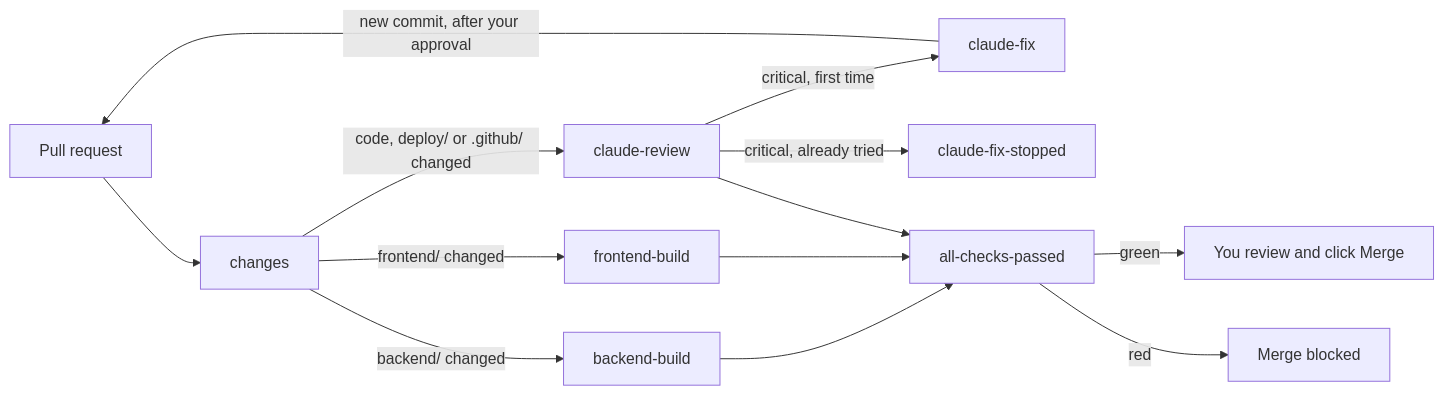
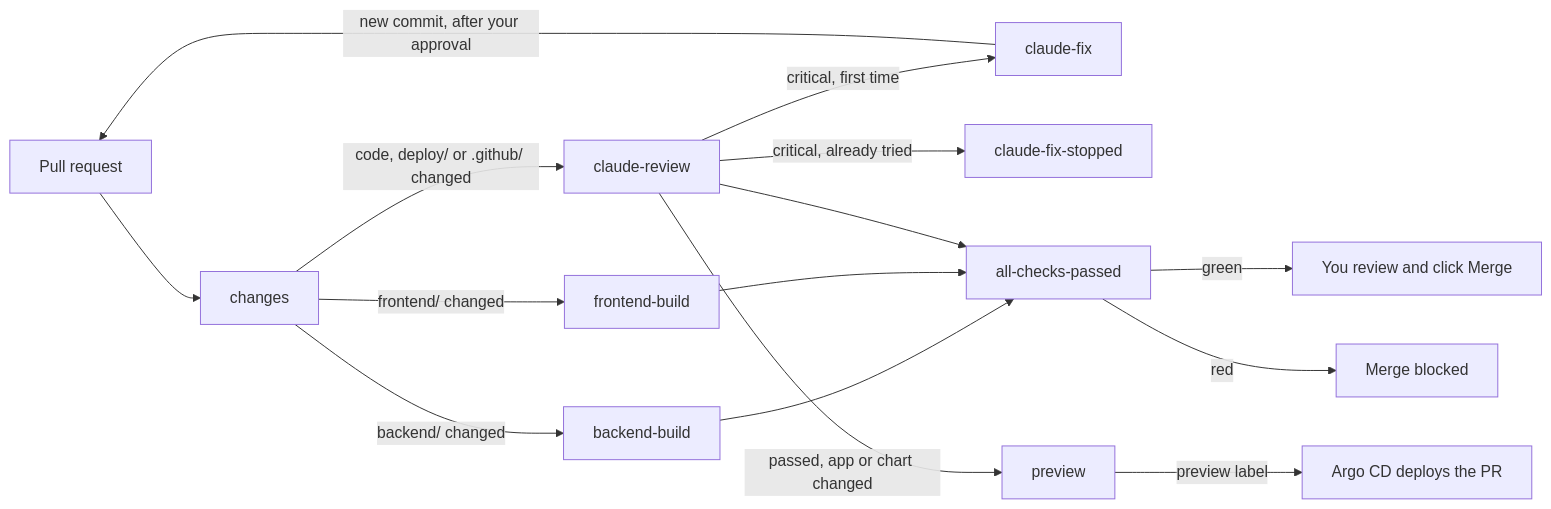
Before and after one commit to mattuttis/chatbot: the sixth of 12 diagrams in how-it-works.md, drawn with Mermaid. The commit also changed other lines of this file and 2 other files, not shown here.

Commit message:
Bring the guide and architecture diagram up to date

````diff
--- a/how-it-works.md
+++ b/how-it-works.md
@@ -266,15 +281,17 @@
 ```mermaid
 flowchart LR
     PR["Pull request"] --> CH["changes"]
     CH -->|"backend/ changed"| BB["backend-build"]
     CH -->|"frontend/ changed"| FB["frontend-build"]
     CH -->|"code, deploy/ or .github/ changed"| CR["claude-review"]
     CR -->|"critical, first time"| FIX["claude-fix"]
     CR -->|"critical, already tried"| STOP["claude-fix-stopped"]
+    CR -->|"passed, app or chart changed"| PV["preview"]
+    PV -->|"preview label"| ARGO["Argo CD deploys the PR"]
     BB --> ALL["all-checks-passed"]
     FB --> ALL
     CR --> ALL
     ALL -->|"green"| YOU["You review and click Merge"]
     ALL -->|"red"| BLOCK["Merge blocked"]
     FIX -->|"new commit, after your approval"| PR
 ```
````
